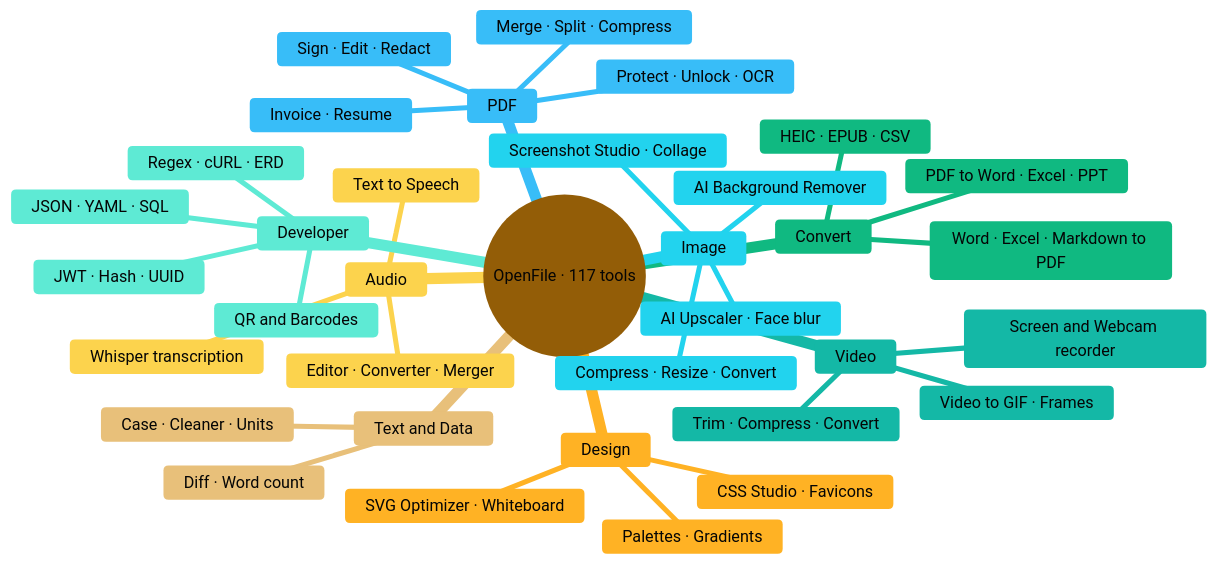
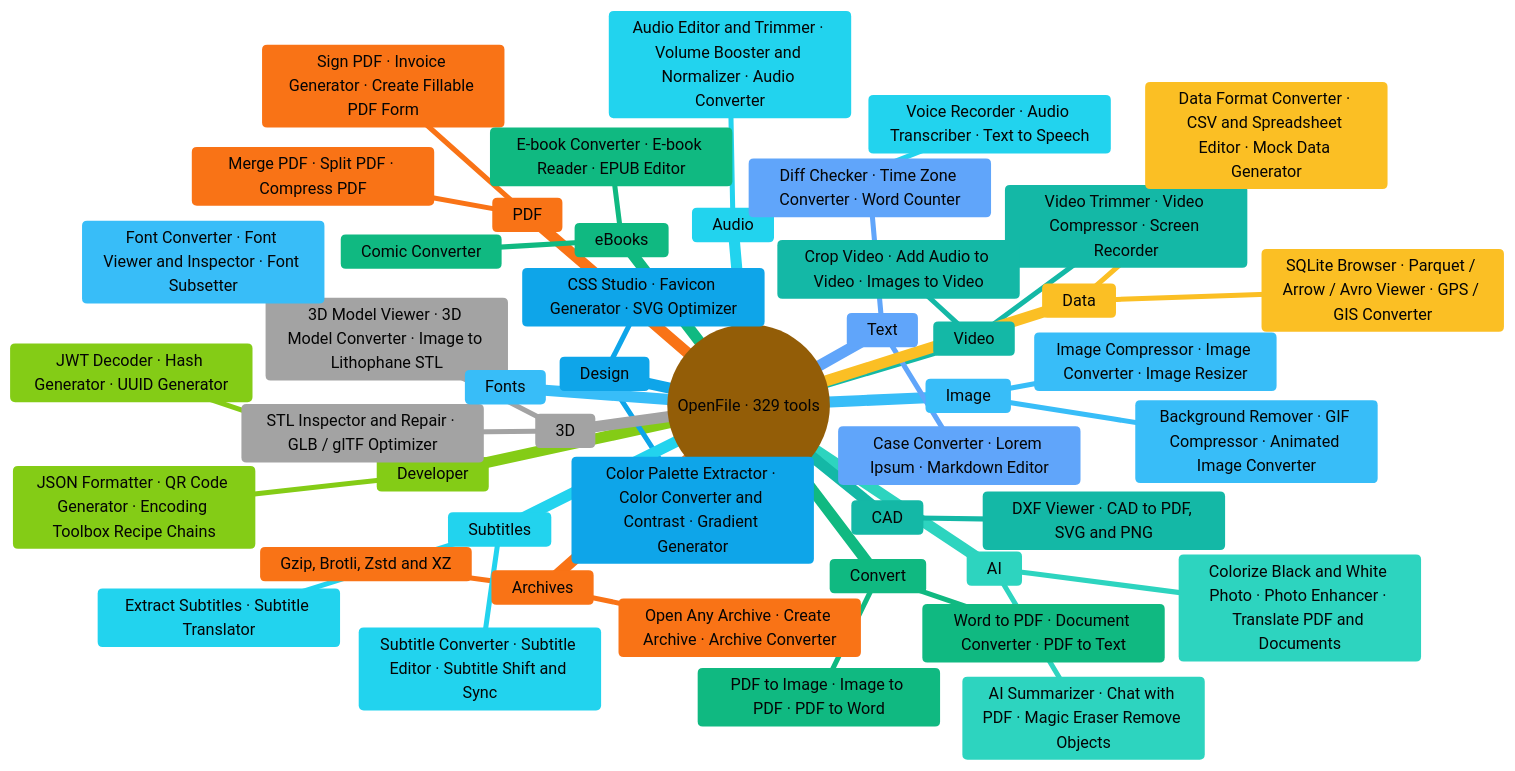
Before and after one commit to aniruddhaadak80/OpenFile: the second of 8 diagrams in README.md, drawn with Mermaid. The commit also changed other lines of this file and 11 other files, not shown here.

Commit message:
Docs: README catalog for 329 tools, changelog v2.0.0, generator script

````diff
--- a/README.md
+++ b/README.md
@@ -424,39 +805,51 @@
 ```mermaid
-%%{init: {'theme':'base','themeVariables':{'primaryColor':'#F5A524','primaryTextColor':'#050505','primaryBorderColor':'#FFB224','lineColor':'#F5A524','fontFamily':'system-ui, sans-serif','cScale0':'#F5A524','cScaleLabel0':'#050505','cScaleInv0':'#050505','cScale1':'#38BDF8','cScaleLabel1':'#050505','cScaleInv1':'#050505','cScale2':'#10B981','cScaleLabel2':'#050505','cScaleInv2':'#050505','cScale3':'#22D3EE','cScaleLabel3':'#050505','cScaleInv3':'#050505','cScale4':'#14B8A6','cScaleLabel4':'#050505','cScaleInv4':'#050505','cScale5':'#FCD34D','cScaleLabel5':'#050505','cScaleInv5':'#050505','cScale6':'#5EEAD4','cScaleLabel6':'#050505','cScaleInv6':'#050505','cScale7':'#E8C07A','cScaleLabel7':'#050505','cScaleInv7':'#050505','cScale8':'#FFB224','cScaleLabel8':'#050505','cScaleInv8':'#050505','cScale9':'#38BDF8','cScaleLabel9':'#050505','cScaleInv9':'#050505','cScale10':'#10B981','cScaleLabel10':'#050505','cScaleInv10':'#050505','cScale11':'#22D3EE','cScaleLabel11':'#050505','cScaleInv11':'#050505'}}}%%
+%%{init: {'theme':'base','themeVariables':{'primaryColor':'#F5A524','primaryTextColor':'#050505','primaryBorderColor':'#FFB224','lineColor':'#F5A524','fontFamily':'system-ui, sans-serif','cScale0':'#F5A524','cScaleLabel0':'#050505','cScaleInv0':'#050505','cScale1':'#F97316','cScaleLabel1':'#050505','cScaleInv1':'#050505','cScale2':'#10B981','cScaleLabel2':'#050505','cScaleInv2':'#050505','cScale3':'#38BDF8','cScaleLabel3':'#050505','cScaleInv3':'#050505','cScale4':'#14B8A6','cScaleLabel4':'#050505','cScaleInv4':'#050505','cScale5':'#22D3EE','cScaleLabel5':'#050505','cScaleInv5':'#050505','cScale6':'#84CC16','cScaleLabel6':'#050505','cScaleInv6':'#050505','cScale7':'#60A5FA','cScaleLabel7':'#050505','cScaleInv7':'#050505','cScale8':'#0EA5E9','cScaleLabel8':'#050505','cScaleInv8':'#050505','cScale9':'#FBBF24','cScaleLabel9':'#050505','cScaleInv9':'#050505','cScale10':'#2DD4BF','cScaleLabel10':'#050505','cScaleInv10':'#050505','cScale11':'#A3A3A3','cScaleLabel11':'#050505','cScaleInv11':'#050505'}}}%%
 mindmap
-  root(("OpenFile · 117 tools"))
+  root(("OpenFile · 329 tools"))
     PDF
-      Merge · Split · Compress
-      Sign · Edit · Redact
-      Protect · Unlock · OCR
-      Invoice · Resume
+      Merge PDF · Split PDF · Compress PDF
+      Sign PDF · Invoice Generator · Create Fillable PDF Form
     Convert
-      PDF to Word · Excel · PPT
-      Word · Excel · Markdown to PDF
-      HEIC · EPUB · CSV
+      PDF to Image · Image to PDF · PDF to Word
+      Word to PDF · Document Converter · PDF to Text
     Image
-      Compress · Resize · Convert
-      AI Background Remover
-      AI Upscaler · Face blur
-      Screenshot Studio · Collage
+      Image Compressor · Image Converter · Image Resizer
+      Background Remover · GIF Compressor · Animated Image Converter
     Video
-      Trim · Compress · Convert
-      Video to GIF · Frames
-      Screen and Webcam recorder
+      Video Trimmer · Video Compressor · Screen Recorder
+      Crop Video · Add Audio to Video · Images to Video
     Audio
-      Editor · Converter · Merger
-      Whisper transcription
-      Text to Speech
+      Audio Editor and Trimmer · Volume Booster and Normalizer · Audio Converter
+      Voice Recorder · Audio Transcriber · Text to Speech
     Developer
-      JSON · YAML · SQL
-      JWT · Hash · UUID
-      Regex · cURL · ERD
-      QR and Barcodes
-    Text and Data
-      Diff · Word count
-      Case · Cleaner · Units
+      JSON Formatter · QR Code Generator · Encoding Toolbox Recipe Chains
+      JWT Decoder · Hash Generator · UUID Generator
+    Text
+      Diff Checker · Time Zone Converter · Word Counter
+      Case Converter · Lorem Ipsum · Markdown Editor
     Design
-      Palettes · Gradients
-      CSS Studio · Favicons
-      SVG Optimizer · Whiteboard
+      Color Palette Extractor · Color Converter and Contrast · Gradient Generator
+      CSS Studio · Favicon Generator · SVG Optimizer
+    Data
+      Data Format Converter · CSV and Spreadsheet Editor · Mock Data Generator
+      SQLite Browser · Parquet / Arrow / Avro Viewer · GPS / GIS Converter
+    AI
+      AI Summarizer · Chat with PDF · Magic Eraser Remove Objects
+      Colorize Black and White Photo · Photo Enhancer · Translate PDF and Documents
+    3D
+      3D Model Viewer · 3D Model Converter · Image to Lithophane STL
+      STL Inspector and Repair · GLB / glTF Optimizer
+    Archives
+      Open Any Archive · Create Archive · Archive Converter
+      Gzip, Brotli, Zstd and XZ
+    eBooks
+      E-book Converter · E-book Reader · EPUB Editor
+      Comic Converter
+    Fonts
+      Font Converter · Font Viewer and Inspector · Font Subsetter
+    CAD
+      DXF Viewer · CAD to PDF, SVG and PNG
+    Subtitles
+      Subtitle Converter · Subtitle Editor · Subtitle Shift and Sync
+      Extract Subtitles · Subtitle Translator
 ```
````
